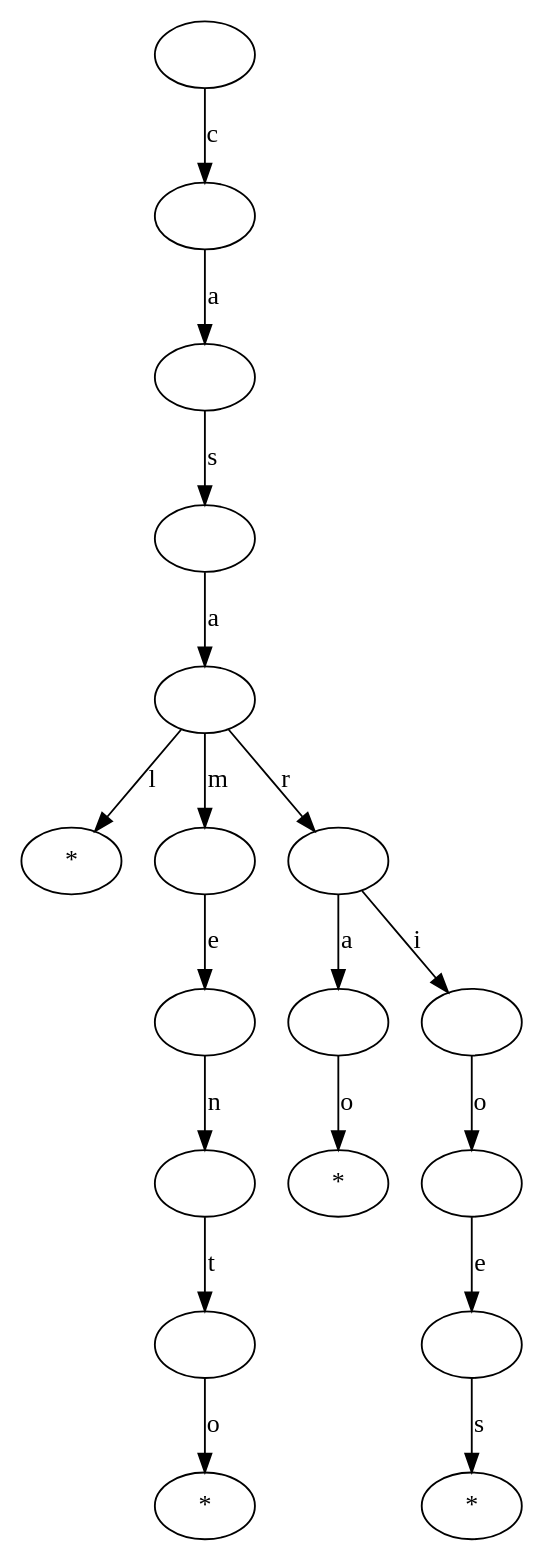
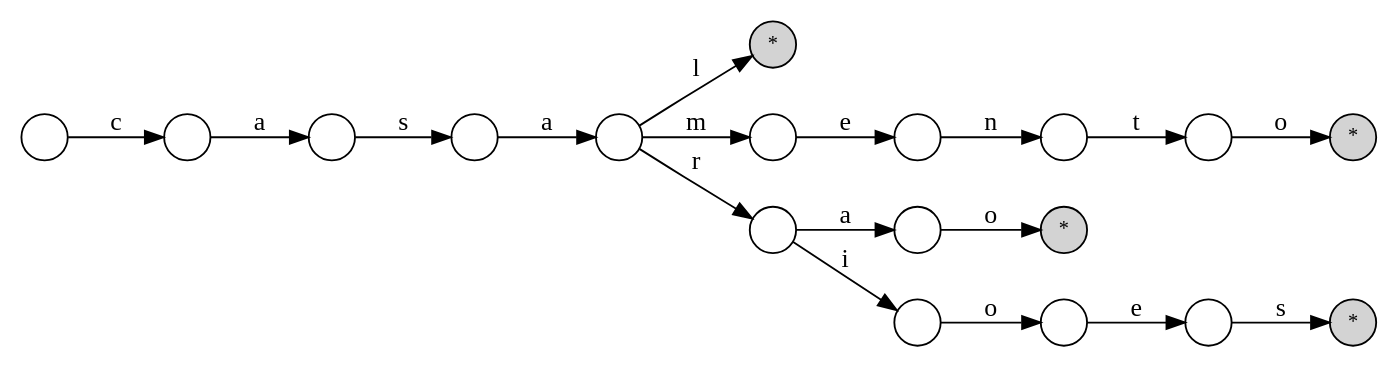
One commit to zCarlos17/Estrutura-em-Arvores changed the diagram in visualizacoes/trie/trie_3_pos_remocao.dot. Above: the diagram before and after it, drawn with Graphviz. The commit also changed 76 other files, not shown here.

Commit message:
diagramas visuais e correções na formatação do relatório LaTeX

```diff
--- a/visualizacoes/trie/trie_3_pos_remocao.dot
+++ b/visualizacoes/trie/trie_3_pos_remocao.dot
@@ -1,37 +1,40 @@
 digraph Trie{
-    node0x55e19e6ff6c0 [label=""];
-    node0x55e19e6ff6c0 -> node0x55e19e6ff7a0 [label="c"];
-    node0x55e19e6ff7a0 [label=""];
-    node0x55e19e6ff7a0 -> node0x55e19e6ff880 [label="a"];
-    node0x55e19e6ff880 [label=""];
-    node0x55e19e6ff880 -> node0x55e19e6ff960 [label="s"];
-    node0x55e19e6ff960 [label=""];
-    node0x55e19e6ff960 -> node0x55e19e6ffa40 [label="a"];
-    node0x55e19e6ffa40 [label=""];
-    node0x55e19e6ffa40 -> node0x55e19e6ffb20 [label="l"];
-    node0x55e19e6ffb20 [label="*"];
-    node0x55e19e6ffa40 -> node0x55e19e6ffc00 [label="m"];
-    node0x55e19e6ffc00 [label=""];
-    node0x55e19e6ffc00 -> node0x55e19e6ffce0 [label="e"];
-    node0x55e19e6ffce0 [label=""];
-    node0x55e19e6ffce0 -> node0x55e19e6ffdc0 [label="n"];
-    node0x55e19e6ffdc0 [label=""];
-    node0x55e19e6ffdc0 -> node0x55e19e6ffea0 [label="t"];
-    node0x55e19e6ffea0 [label=""];
-    node0x55e19e6ffea0 -> node0x55e19e6fff80 [label="o"];
-    node0x55e19e6fff80 [label="*"];
-    node0x55e19e6ffa40 -> node0x55e19e700060 [label="r"];
-    node0x55e19e700060 [label=""];
-    node0x55e19e700060 -> node0x55e19e700140 [label="a"];
-    node0x55e19e700140 [label=""];
-    node0x55e19e700140 -> node0x55e19e700220 [label="o"];
-    node0x55e19e700220 [label="*"];
-    node0x55e19e700060 -> node0x55e19e700570 [label="i"];
-    node0x55e19e700570 [label=""];
-    node0x55e19e700570 -> node0x55e19e700650 [label="o"];
-    node0x55e19e700650 [label=""];
-    node0x55e19e700650 -> node0x55e19e700730 [label="e"];
-    node0x55e19e700730 [label=""];
-    node0x55e19e700730 -> node0x55e19e700810 [label="s"];
-    node0x55e19e700810 [label="*"];
+    rankdir=LR;
+    node [shape=circle, fontsize=11, width=0.35, fixedsize=true];
+    nodesep=0.35; ranksep=0.6;
+    node0x55b7ec1c56c0 [label=""];
+    node0x55b7ec1c56c0 -> node0x55b7ec1c57a0 [label="c"];
+    node0x55b7ec1c57a0 [label=""];
+    node0x55b7ec1c57a0 -> node0x55b7ec1c5880 [label="a"];
+    node0x55b7ec1c5880 [label=""];
+    node0x55b7ec1c5880 -> node0x55b7ec1c5960 [label="s"];
+    node0x55b7ec1c5960 [label=""];
+    node0x55b7ec1c5960 -> node0x55b7ec1c5a40 [label="a"];
+    node0x55b7ec1c5a40 [label=""];
+    node0x55b7ec1c5a40 -> node0x55b7ec1c5b20 [label="l"];
+    node0x55b7ec1c5b20 [label="*", style=filled, fillcolor=lightgray];
+    node0x55b7ec1c5a40 -> node0x55b7ec1c5c00 [label="m"];
+    node0x55b7ec1c5c00 [label=""];
+    node0x55b7ec1c5c00 -> node0x55b7ec1c5ce0 [label="e"];
+    node0x55b7ec1c5ce0 [label=""];
+    node0x55b7ec1c5ce0 -> node0x55b7ec1c5dc0 [label="n"];
+    node0x55b7ec1c5dc0 [label=""];
+    node0x55b7ec1c5dc0 -> node0x55b7ec1c5ea0 [label="t"];
+    node0x55b7ec1c5ea0 [label=""];
+    node0x55b7ec1c5ea0 -> node0x55b7ec1c5f80 [label="o"];
+    node0x55b7ec1c5f80 [label="*", style=filled, fillcolor=lightgray];
+    node0x55b7ec1c5a40 -> node0x55b7ec1c6060 [label="r"];
+    node0x55b7ec1c6060 [label=""];
+    node0x55b7ec1c6060 -> node0x55b7ec1c6140 [label="a"];
+    node0x55b7ec1c6140 [label=""];
+    node0x55b7ec1c6140 -> node0x55b7ec1c6220 [label="o"];
+    node0x55b7ec1c6220 [label="*", style=filled, fillcolor=lightgray];
+    node0x55b7ec1c6060 -> node0x55b7ec1c6570 [label="i"];
+    node0x55b7ec1c6570 [label=""];
+    node0x55b7ec1c6570 -> node0x55b7ec1c6650 [label="o"];
+    node0x55b7ec1c6650 [label=""];
+    node0x55b7ec1c6650 -> node0x55b7ec1c6730 [label="e"];
+    node0x55b7ec1c6730 [label=""];
+    node0x55b7ec1c6730 -> node0x55b7ec1c6810 [label="s"];
+    node0x55b7ec1c6810 [label="*", style=filled, fillcolor=lightgray];
 }
```
